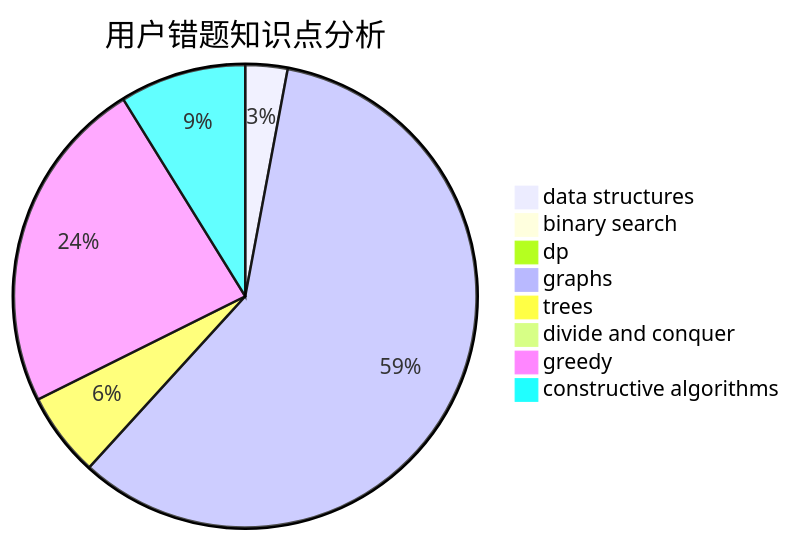
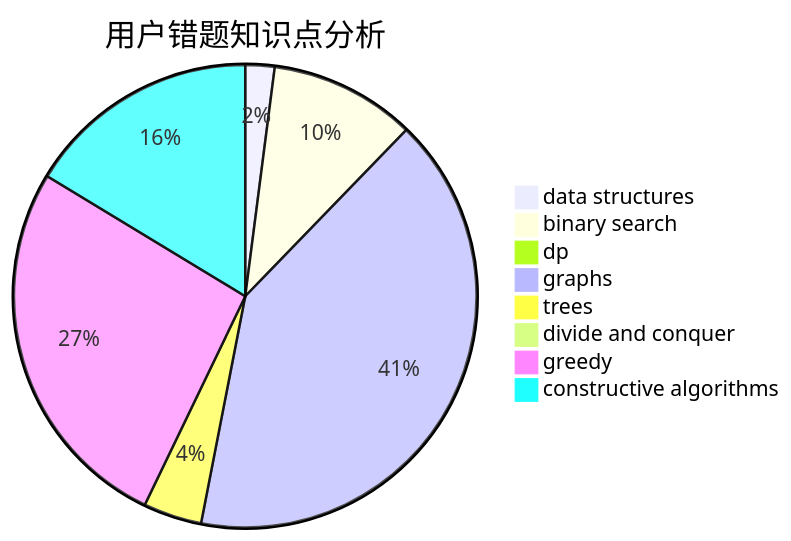
One commit to sherpahu/cfrs.github.io changed the third of 3 diagrams in docs/user/u1052.md. Above: the diagram before and after it, drawn with Mermaid. The commit also changed other lines of this file and 2770 other files, not shown here.

````diff
--- a/docs/user/u1052.md
+++ b/docs/user/u1052.md
@@ -36,11 +36,11 @@
 ```mermaid
 pie title 用户错题知识点分析
     "data structures" :  1
-    "binary search" :  0
+    "binary search" :  5
     "dp" :  0
     "graphs" :  20
     "trees" :  2
     "divide and conquer" :  0
-    "greedy" :  8
-    "constructive algorithms" :  3
+    "greedy" :  13
+    "constructive algorithms" :  8
 ```
````
